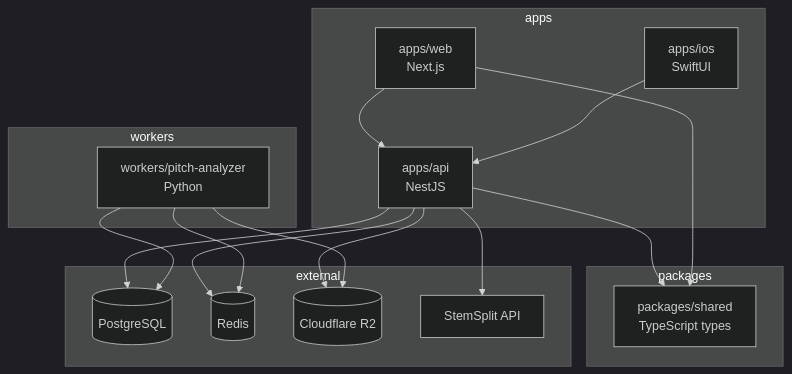
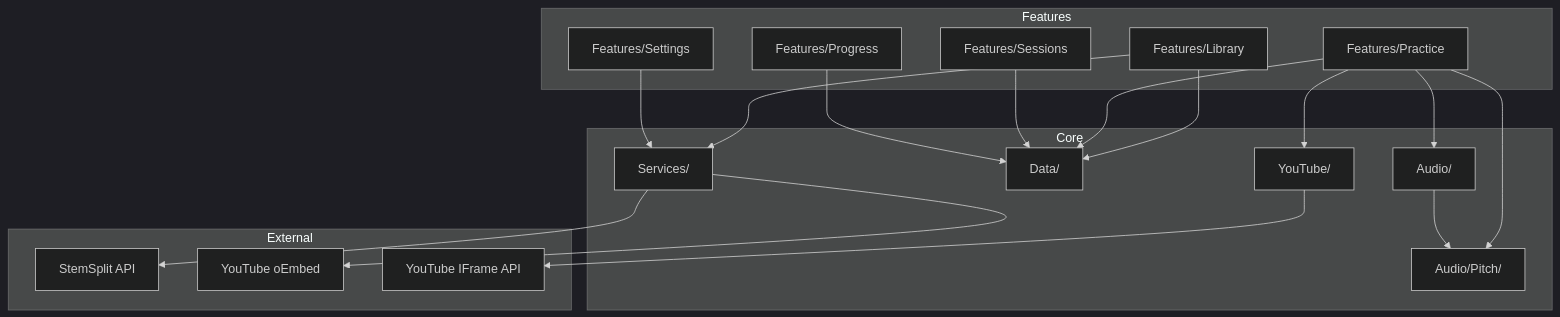
The diagram in docs/09-project-structure.md (pawelgawliczek/intonavio-local), drawn with Mermaid (dark theme) before and after one commit. The commit also changed other lines of this file and 88 other files, not shown here.

First line of the commit message:
Migrate to fully on-device architecture

````diff
--- a/docs/09-project-structure.md
+++ b/docs/09-project-structure.md
@@ -247,39 +154,39 @@
 ```mermaid
 graph TD
-    subgraph apps
-        API[apps/api<br/>NestJS]
-        Web[apps/web<br/>Next.js]
-        iOS[apps/ios<br/>SwiftUI]
+    subgraph Features
+        Library[Features/Library]
+        Practice[Features/Practice]
+        Sessions[Features/Sessions]
+        Settings[Features/Settings]
+        Progress[Features/Progress]
     end
 
-    subgraph packages
-        Shared[packages/shared<br/>TypeScript types]
+    subgraph Core
+        Audio[Audio/]
+        Pitch[Audio/Pitch/]
+        Data[Data/]
+        Services[Services/]
+        YouTube[YouTube/]
     end
 
-    subgraph workers
-        Pitch[workers/pitch-analyzer<br/>Python]
+    subgraph External
+        SS[StemSplit API]
+        OE[YouTube oEmbed]
+        YTPlayer[YouTube IFrame API]
     end
 
-    subgraph external
-        PG[(PostgreSQL)]
-        Redis[(Redis)]
-        R2[(Cloudflare R2)]
-        SS[StemSplit API]
-    end
+    Library --> Services
+    Library --> Data
+    Practice --> Audio
+    Practice --> Pitch
+    Practice --> YouTube
+    Practice --> Data
+    Sessions --> Data
+    Settings --> Services
+    Progress --> Data
 
-    API --> Shared
-    Web --> Shared
-
-    API --> PG
-    API --> Redis
-    API --> R2
-    API --> SS
-
-    Web --> API
-
-    iOS --> API
-
-    Pitch --> PG
-    Pitch --> Redis
-    Pitch --> R2
+    Services --> SS
+    Services --> OE
+    YouTube --> YTPlayer
+    Audio --> Pitch
 ```
````
